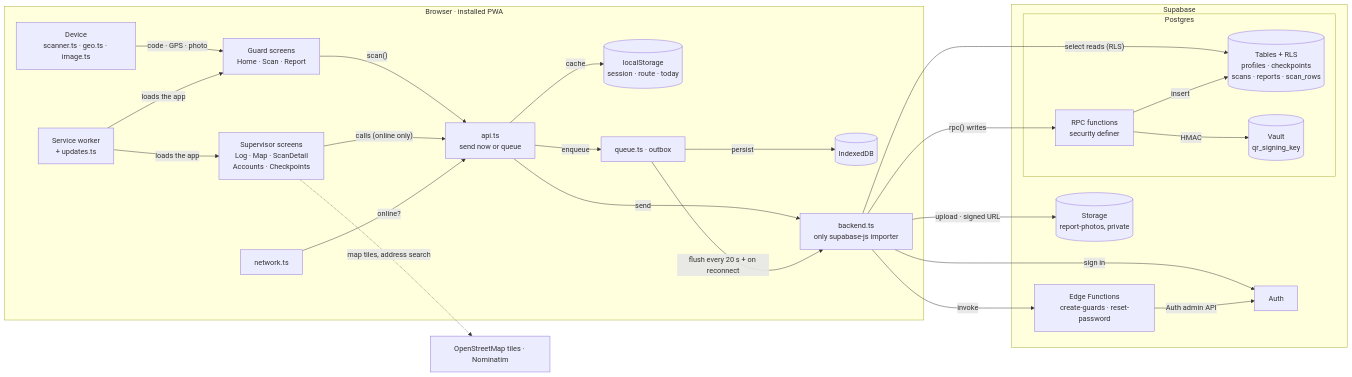
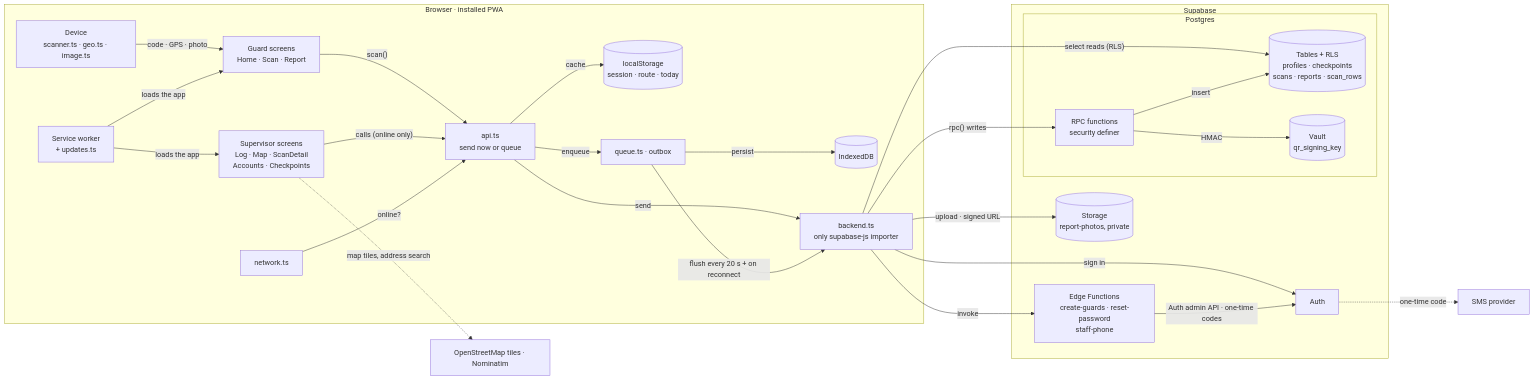
One commit to PT-KelapaAsiaAbadi/patrol-logger changed the first of 2 diagrams in ARCHITECTURE.md. Above: the diagram before and after it, drawn with Mermaid. The commit also changed other lines of this file and 2 other files, not shown here.

First line of the commit message:
Document phone sign-in rollout and dev/build env files

````diff
--- a/ARCHITECTURE.md
+++ b/ARCHITECTURE.md
@@ -74,49 +77,51 @@
 ```mermaid
 flowchart LR
   subgraph Browser["Browser · installed PWA"]
     device["Device<br/>scanner.ts · geo.ts · image.ts"]
     guard_ui["Guard screens<br/>Home · Scan · Report"]
     sup_ui["Supervisor screens<br/>Log · Map · ScanDetail<br/>Accounts · Checkpoints"]
     sw["Service worker<br/>+ updates.ts"]
     network["network.ts"]
     api["api.ts<br/>send now or queue"]
     local_cache[("localStorage<br/>session · route · today")]
     outbox["queue.ts · outbox"]
     idb[("IndexedDB")]
     backend["backend.ts<br/>only supabase-js importer"]
   end
 
   subgraph Supabase
     auth["Auth"]
     subgraph Postgres
       rpc["RPC functions<br/>security definer"]
       tables[("Tables + RLS<br/>profiles · checkpoints<br/>scans · reports · scan_rows")]
       vault[("Vault<br/>qr_signing_key")]
     end
     storage[("Storage<br/>report-photos, private")]
-    edge["Edge Functions<br/>create-guards · reset-password"]
+    edge["Edge Functions<br/>create-guards · reset-password<br/>staff-phone"]
   end
 
   osm["OpenStreetMap tiles · Nominatim"]
+  sms["SMS provider"]
 
   device -- "code · GPS · photo" --> guard_ui
   sw -- "loads the app" --> guard_ui
   sw -- "loads the app" --> sup_ui
   guard_ui -- "scan()" --> api
   sup_ui -- "calls (online only)" --> api
   network -- "online?" --> api
   api -- "cache" --> local_cache
   api -- "send" --> backend
   api -- "enqueue" --> outbox
   outbox -- "persist" --> idb
   outbox -- "flush every 20 s + on reconnect" --> backend
   backend -- "sign in" --> auth
   backend -- "rpc() writes" --> rpc
   backend -- "select reads (RLS)" --> tables
   backend -- "upload · signed URL" --> storage
   backend -- "invoke" --> edge
   rpc -- "insert" --> tables
   rpc -- "HMAC" --> vault
-  edge -- "Auth admin API" --> auth
+  edge -- "Auth admin API · one-time codes" --> auth
+  auth -. "one-time code" .-> sms
   sup_ui -. "map tiles, address search" .-> osm
 ```
````
